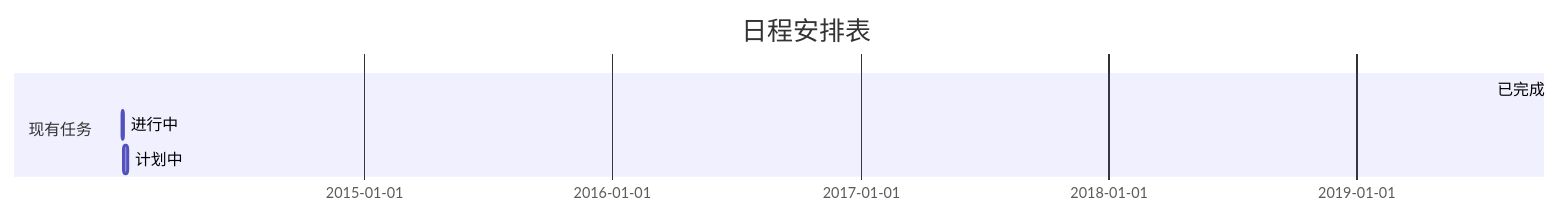
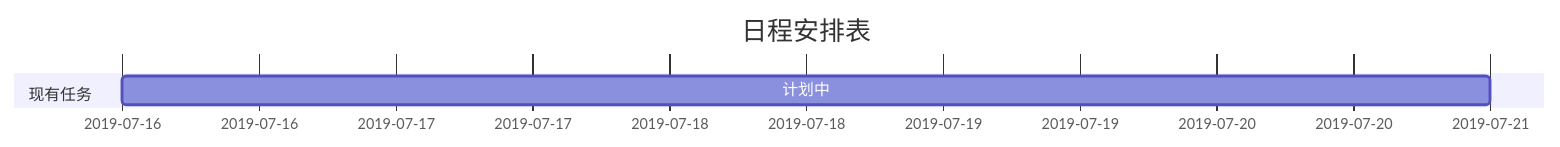
One commit to gZeyu/note changed the diagram in 订餐系统/日程安排表.md. Above: the diagram before and after it, drawn with Mermaid. The commit also changed other lines of this file, not shown here.

````diff
--- a/订餐系统/日程安排表.md
+++ b/订餐系统/日程安排表.md
@@ -2,9 +2,7 @@
 ```mermaid
 gantt
         dateFormat  YYYY-MM-DD
         title 日程安排表
         section 现有任务
-        已完成               :active,    des1, 2019-07-16,1d
-        进行中               :active,  des2, 2014-01-09, 3d
         计划中               :            des3, after des2, 5d
 ```
````
